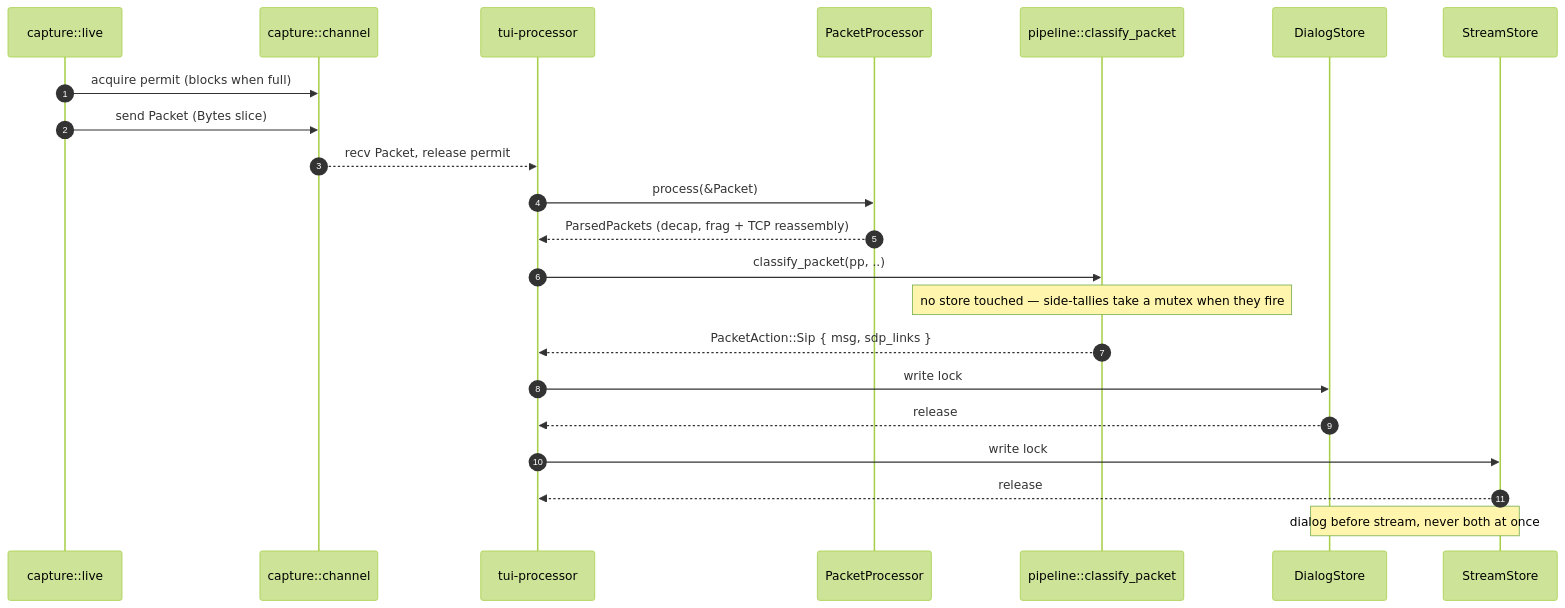
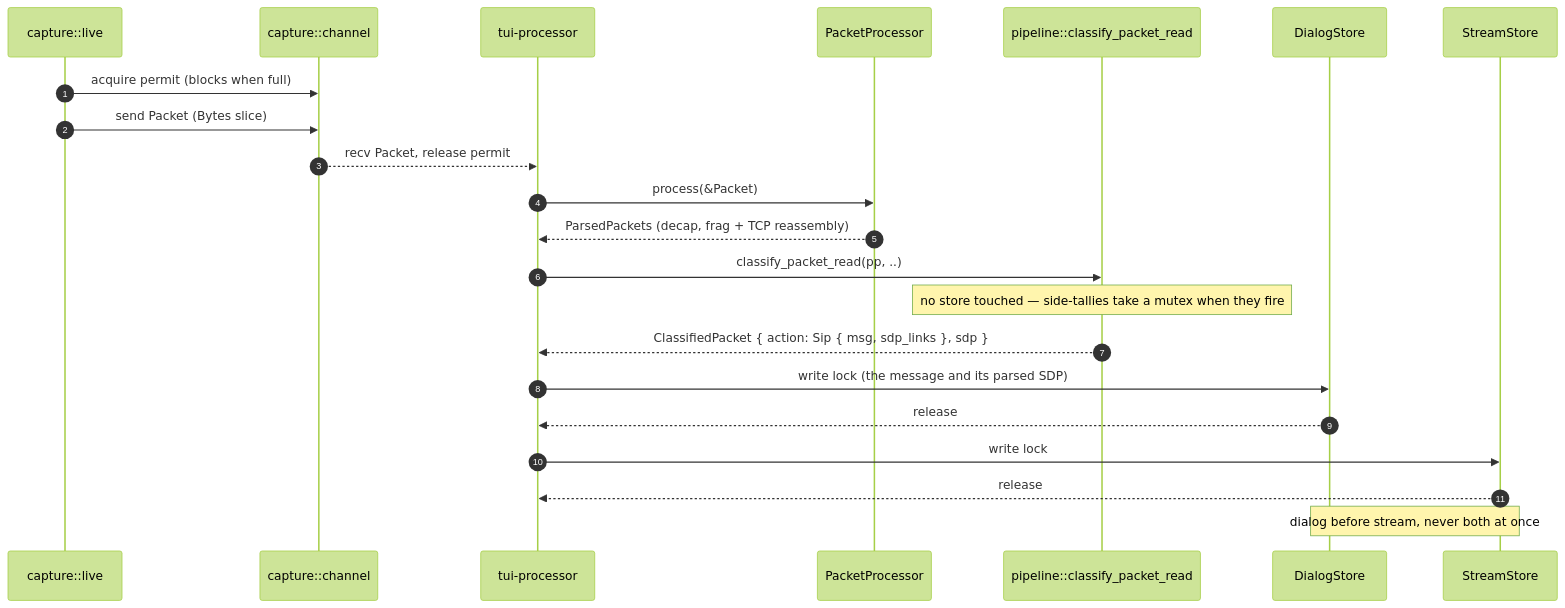
Before and after one commit to NormB/sipnab: the second of 4 diagrams in docs/internals/subsystem-guide.md, drawn with Mermaid (forest theme). The commit also changed other lines of this file and 6 other files, not shown here.

First line of the commit message:
docs: say where the parsed SDP goes, and note the hot-path work

````diff
--- a/docs/internals/subsystem-guide.md
+++ b/docs/internals/subsystem-guide.md
@@ -201,25 +202,25 @@
 ```mermaid
 sequenceDiagram
     autonumber
     participant Cap as capture::live
     participant Ch as capture::channel
     participant Proc as tui-processor
     participant PP as PacketProcessor
-    participant Cls as pipeline::classify_packet
+    participant Cls as pipeline::classify_packet_read
     participant DS as DialogStore
     participant SS as StreamStore
 
     Cap->>Ch: acquire permit (blocks when full)
     Cap->>Ch: send Packet (Bytes slice)
     Ch-->>Proc: recv Packet, release permit
     Proc->>PP: process(&Packet)
     PP-->>Proc: ParsedPackets (decap, frag + TCP reassembly)
-    Proc->>Cls: classify_packet(pp, ..)
+    Proc->>Cls: classify_packet_read(pp, ..)
     Note over Cls: no store touched — side-tallies take a mutex when they fire
-    Cls-->>Proc: PacketAction::Sip { msg, sdp_links }
-    Proc->>DS: write lock
+    Cls-->>Proc: ClassifiedPacket { action: Sip { msg, sdp_links }, sdp }
+    Proc->>DS: write lock (the message and its parsed SDP)
     DS-->>Proc: release
     Proc->>SS: write lock
     SS-->>Proc: release
     Note over DS,SS: dialog before stream, never both at once
 ```
````
